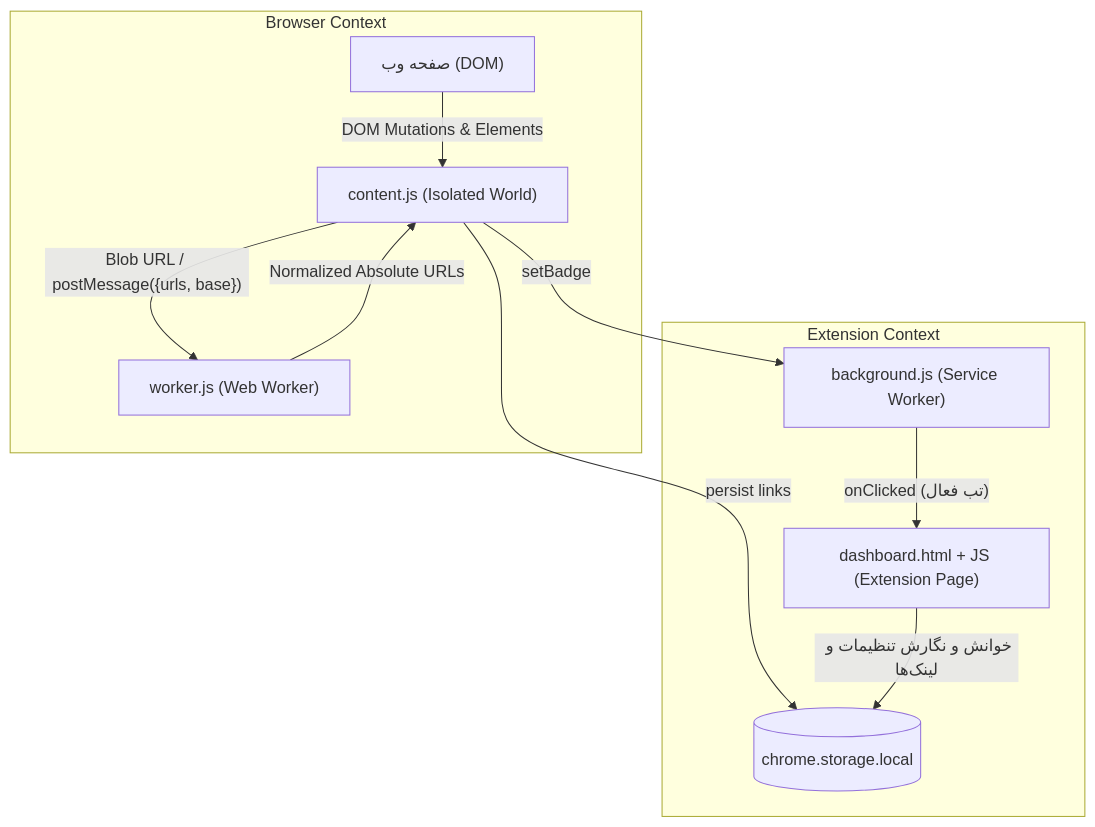
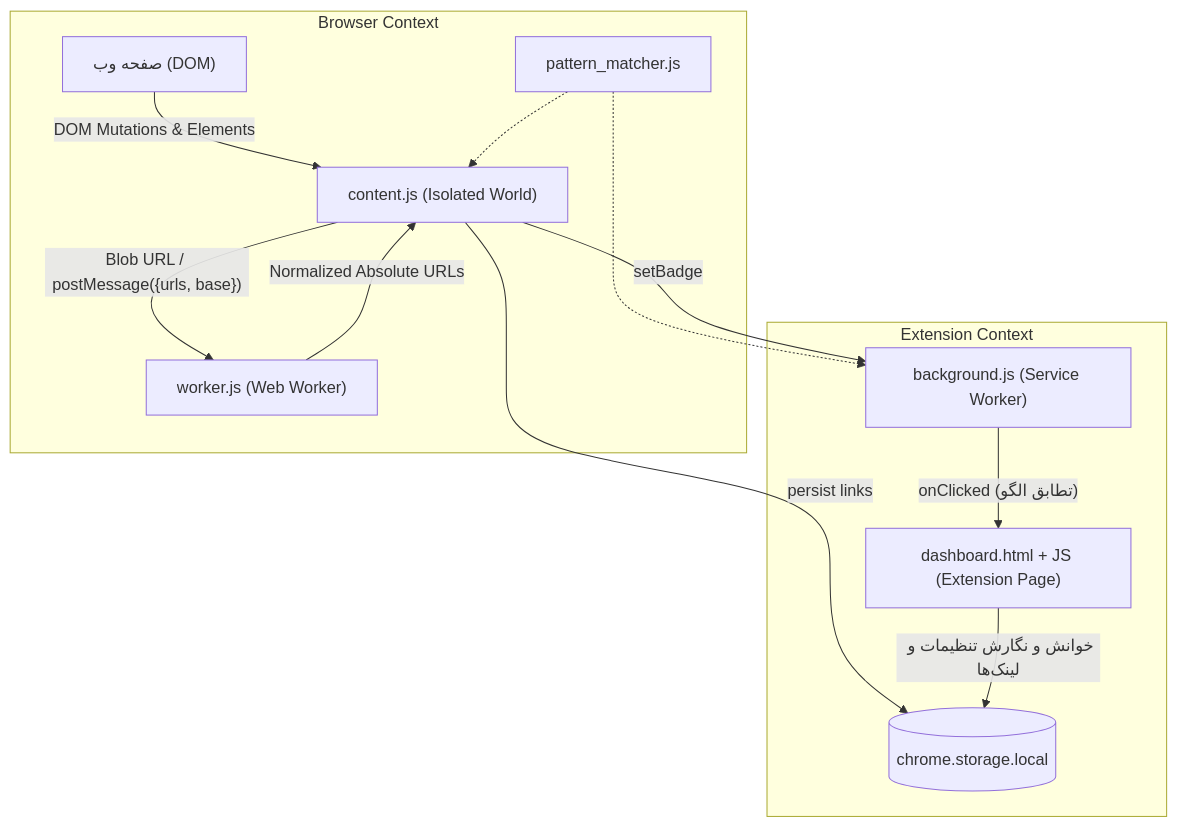
The first of 2 diagrams in PROJECT_DOCUMENTATION.md (alimehridev/Automatic-Link-Extractor-Chrome-extension), drawn with Mermaid before and after one commit. The commit also changed other lines of this file and 9 other files, not shown here.

````diff
--- a/PROJECT_DOCUMENTATION.md
+++ b/PROJECT_DOCUMENTATION.md
@@ -25,22 +41,25 @@
 ```mermaid
 flowchart TD
     subgraph Browser Context
         Page["صفحه وب (DOM)"]
+        PM["pattern_matcher.js"]
         CS["content.js (Isolated World)"]
         WW["worker.js (Web Worker)"]
     end
 
     subgraph Extension Context
         SW["background.js (Service Worker)"]
         DB["dashboard.html + JS (Extension Page)"]
         Storage[("chrome.storage.local")]
     end
 
     Page -- "DOM Mutations & Elements" --> CS
+    PM -.-> CS
+    PM -.-> SW
     CS -- "Blob URL / postMessage({urls, base})" --> WW
     WW -- "Normalized Absolute URLs" --> CS
     CS -- "setBadge" --> SW
     CS -- "persist links" --> Storage
-    SW -- "onClicked (تب فعال)" --> DB
+    SW -- "onClicked (تطابق الگو)" --> DB
     DB -- "خوانش و نگارش تنظیمات و لینک‌ها" --> Storage
 ```
````
